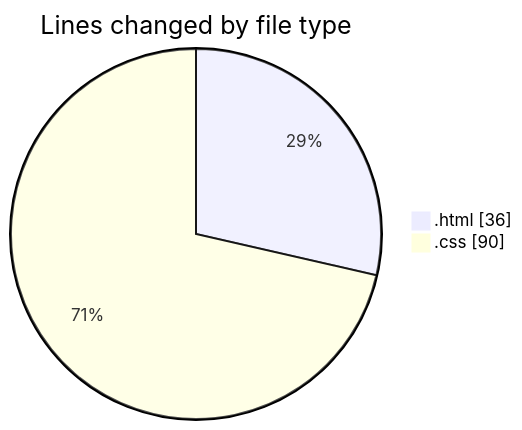
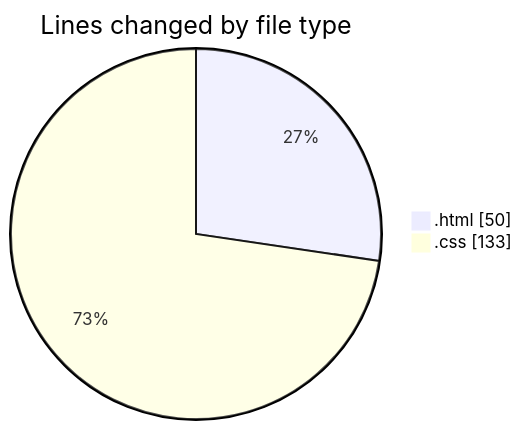
Before and after one commit to CELIANVF/code-tracking: the first of 2 diagrams in 2025-04-15/portfolio/README.md, drawn with Mermaid. The commit also changed other lines of this file and 1 other file, not shown here.

````diff
--- a/2025-04-15/portfolio/README.md
+++ b/2025-04-15/portfolio/README.md
@@ -21,6 +21,6 @@
 ```mermaid
 pie showData
 title Lines changed by file type
-".html" : 36
-".css" : 90
+".html" : 50
+".css" : 133
 ```
````
